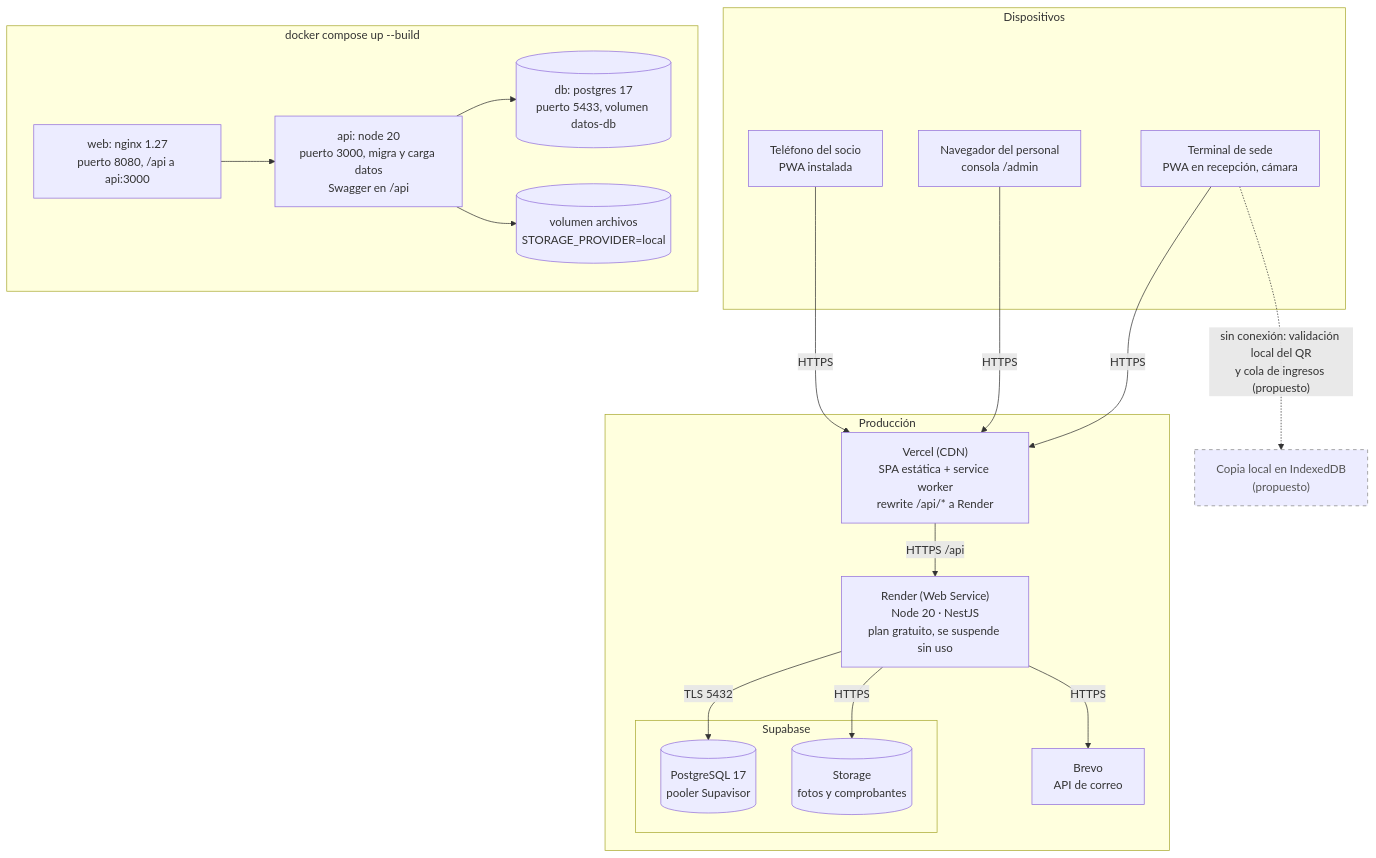
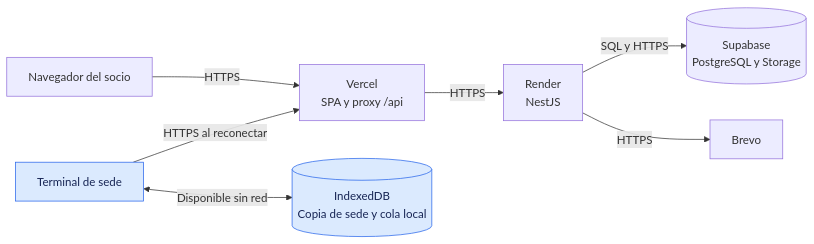
One commit to Martinzanandrea/FitZoneSports changed the diagram in docs/diagramas/despliegue.mmd. Above: the diagram before and after it, drawn with Mermaid. The commit also changed 54 other files, not shown here.

First line of the commit message:
docs(diagramas): ordenar las vistas de FitZone

```diff
--- a/docs/diagramas/despliegue.mmd
+++ b/docs/diagramas/despliegue.mmd
@@ -1,43 +1,17 @@
-%% Diagrama de despliegue
-%% Autor: Retamoso, Máximo · Fecha: 2026-11-09 · Versión: 1.0
-%% Producción y entorno de desarrollo/corrección con docker compose.
-%% Ante una caída de la conexión principal hoy no sigue funcionando la validación
-%% de ingresos: el modo offline del terminal está propuesto (ADR-003, ADR-007).
-flowchart TB
-  subgraph clientes["Dispositivos"]
-    tel["Teléfono del socio<br/>PWA instalada"]
-    rec["Terminal de sede<br/>PWA en recepción, cámara"]
-    pc["Navegador del personal<br/>consola /admin"]
-  end
-
-  subgraph prod["Producción"]
-    vercel["Vercel (CDN)<br/>SPA estática + service worker<br/>rewrite /api/* a Render"]
-    render["Render (Web Service)<br/>Node 20 · NestJS<br/>plan gratuito, se suspende sin uso"]
-    subgraph supa["Supabase"]
-      pg[("PostgreSQL 17<br/>pooler Supavisor")]
-      st[("Storage<br/>fotos y comprobantes")]
-    end
-    brevo["Brevo<br/>API de correo"]
-  end
-
-  subgraph dev["docker compose up --build"]
-    web["web: nginx 1.27<br/>puerto 8080, /api a api:3000"]
-    api["api: node 20<br/>puerto 3000, migra y carga datos<br/>Swagger en /api"]
-    db[("db: postgres 17<br/>puerto 5433, volumen datos-db")]
-    vol[("volumen archivos<br/>STORAGE_PROVIDER=local")]
-  end
-
-  tel -- HTTPS --> vercel
-  pc -- HTTPS --> vercel
-  rec -- HTTPS --> vercel
-  vercel -- "HTTPS /api" --> render
-  render -- "TLS 5432" --> pg
-  render -- HTTPS --> st
-  render -- HTTPS --> brevo
-  web --> api
-  api --> db
-  api --> vol
-  rec -. "sin conexión: validación local del QR<br/>y cola de ingresos (propuesto)" .-> offline["Copia local en IndexedDB<br/>(propuesto)"]
-
-  class offline propuesto
-  classDef propuesto stroke-dasharray: 5 5,stroke:#888,color:#555
+%% FitZone Sports · Equipo del proyecto · 2026-11-09 · v2.0
+flowchart LR
+  N["Navegador del socio"]
+  T["Terminal de sede"]
+  L[("IndexedDB<br/>Copia de sede y cola local")]
+  W["Vercel<br/>SPA y proxy /api"]
+  A["Render<br/>NestJS"]
+  D[("Supabase<br/>PostgreSQL y Storage")]
+  E["Brevo"]
+  N -->|HTTPS| W
+  T -->|HTTPS al reconectar| W
+  T <-->|Disponible sin red| L
+  W -->|HTTPS| A
+  A -->|SQL y HTTPS| D
+  A -->|HTTPS| E
+  classDef foco fill:#dbeafe,stroke:#2563eb,color:#172554
+  class T,L foco
```
